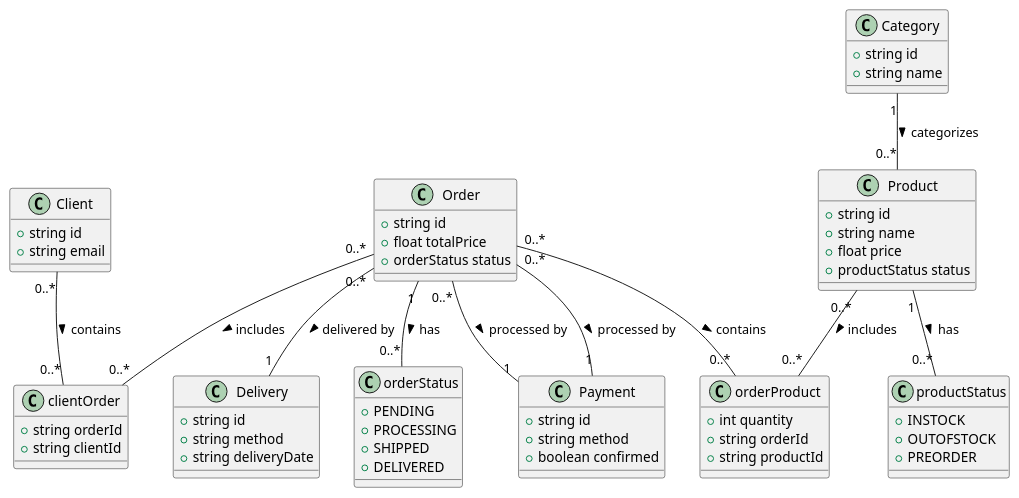
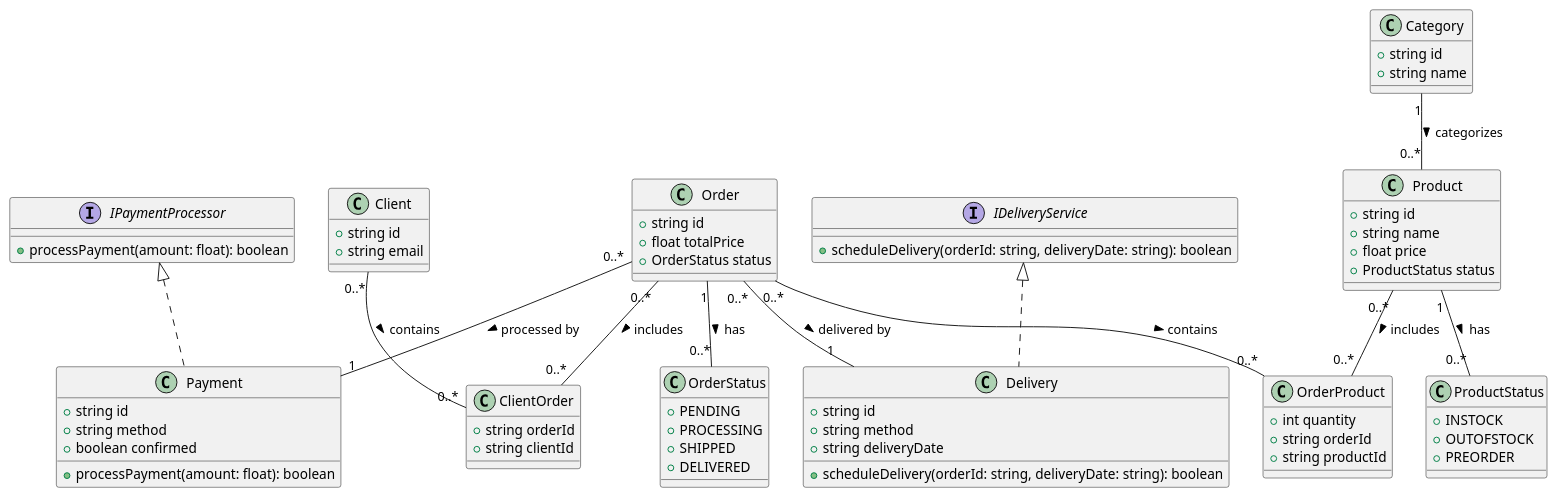
One commit to Jiri1708/bpAPImigrations changed the diagram in classDiagram.puml. Above: the diagram before and after it, drawn with PlantUML.

Commit message:
interfaces added

```diff
--- a/classDiagram.puml
+++ b/classDiagram.puml
@@ -1,77 +1,86 @@
 @startuml
 
+interface IPaymentProcessor {
+    +processPayment(amount: float): boolean
+}
 
-class clientOrder {
+interface IDeliveryService {
+    +scheduleDelivery(orderId: string, deliveryDate: string): boolean
+}
+
+class ClientOrder {
     +string orderId
     +string clientId
 }
 
 class Client {
     +string id
     +string email
 }
 
-class orderProduct {
+class OrderProduct {
     +int quantity
     +string orderId
     +string productId
 }
 
 class Product {
     +string id
     +string name
     +float price
-    +productStatus status
+    +ProductStatus status
 }
 
-class productStatus {
+class ProductStatus {
     +INSTOCK
     +OUTOFSTOCK
     +PREORDER
 }
 
 class Category {
     +string id
     +string name
 }
 
 class Order {
     +string id
     +float totalPrice
-    +orderStatus status
+    +OrderStatus status
 }
 
-class Payment {
+class Payment implements IPaymentProcessor {
     +string id
     +string method
     +boolean confirmed
+
+    +processPayment(amount: float): boolean
 }
 
-class Delivery {
+class Delivery implements IDeliveryService {
     +string id
     +string method
     +string deliveryDate
+
+    +scheduleDelivery(orderId: string, deliveryDate: string): boolean
 }
 
-class orderStatus {
+class OrderStatus {
     +PENDING
     +PROCESSING
     +SHIPPED
     +DELIVERED
 }
 
-Order "1" -- "0..*" orderStatus : has >
-Product "1" -- "0..*" productStatus : has >
-' Product "1" -- "0..*" Order : contains >
-Order "0..*" -- "1" Payment : processed by >
+Order "1" -- "0..*" OrderStatus : has >
+Product "1" -- "0..*" ProductStatus : has >
 Order "0..*" -- "1" Payment : processed by >
 Order "0..*" -- "1" Delivery : delivered by >
 Category "1" -- "0..*" Product : categorizes >
+
 ' Many-to-Many relationship between Order and Product
-Order "0..*" -- "0..*" orderProduct : contains >
-Product "0..*" -- "0..*" orderProduct : includes >
-' Many-to-Many relationship between Order and Product
-Client "0..*" -- "0..*" clientOrder : contains >
-Order "0..*" -- "0..*" clientOrder : includes >
+Order "0..*" -- "0..*" OrderProduct : contains >
+Product "0..*" -- "0..*" OrderProduct : includes >
+Client "0..*" -- "0..*" ClientOrder : contains >
+Order "0..*" -- "0..*" ClientOrder : includes >
 
 @enduml
```
